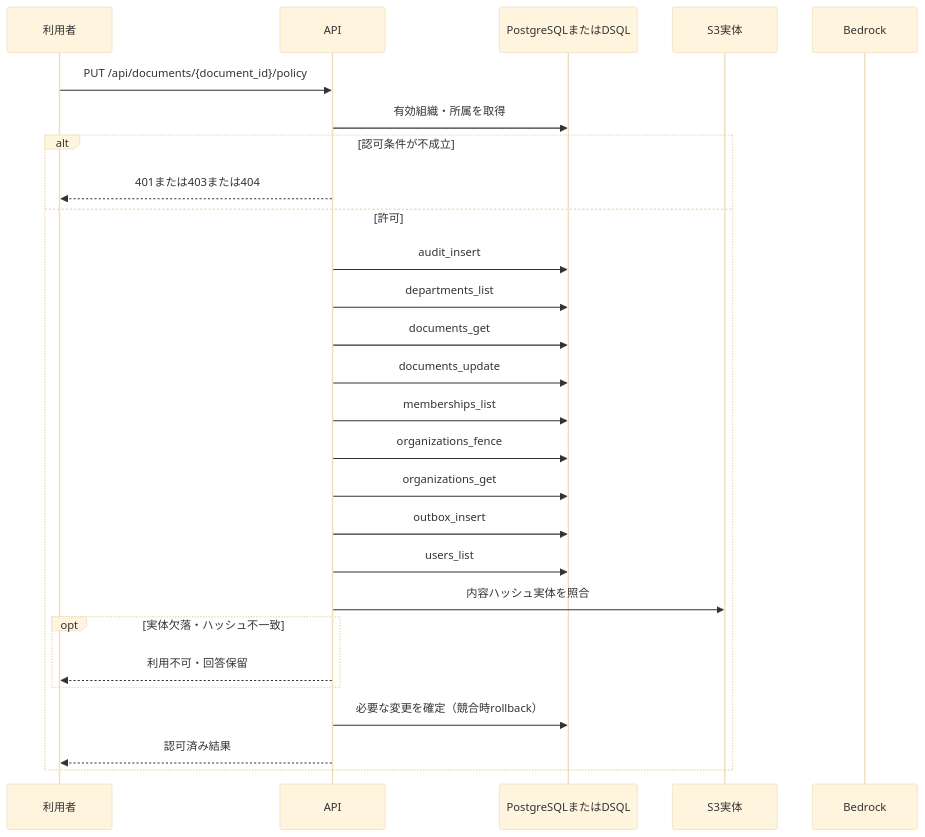
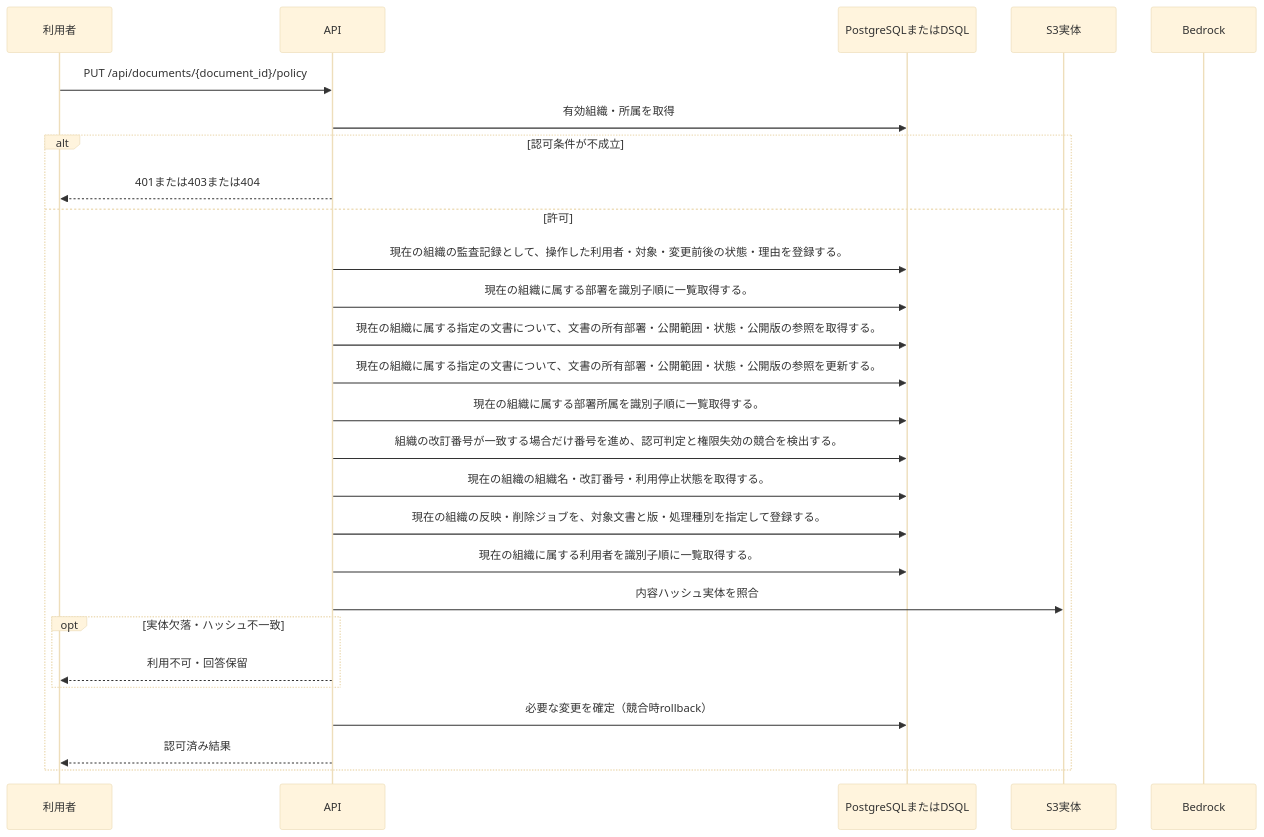
The diagram in docs/design/generated/api/documents/change_policy/sequence.md (tsuji-tomonori/KotoRelay), drawn with Mermaid (base theme) before and after one commit. The commit also changed other lines of this file and 286 other files, not shown here.

````diff
--- a/docs/design/generated/api/documents/change_policy/sequence.md
+++ b/docs/design/generated/api/documents/change_policy/sequence.md
@@ -7,29 +7,29 @@
 ```mermaid
 sequenceDiagram
     participant U as 利用者
     participant A as API
     participant D as PostgreSQLまたはDSQL
     participant S as S3実体
     participant M as Bedrock
     U->>A: PUT /api/documents/{document_id}/policy
     A->>D: 有効組織・所属を取得
     alt 認可条件が不成立
         A-->>U: 401または403または404
     else 許可
-        A->>D: audit_insert
-        A->>D: departments_list
-        A->>D: documents_get
-        A->>D: documents_update
-        A->>D: memberships_list
-        A->>D: organizations_fence
-        A->>D: organizations_get
-        A->>D: outbox_insert
-        A->>D: users_list
+        A->>D: 現在の組織の監査記録として、操作した利用者・対象・変更前後の状態・理由を登録する。
+        A->>D: 現在の組織に属する部署を識別子順に一覧取得する。
+        A->>D: 現在の組織に属する指定の文書について、文書の所有部署・公開範囲・状態・公開版の参照を取得する。
+        A->>D: 現在の組織に属する指定の文書について、文書の所有部署・公開範囲・状態・公開版の参照を更新する。
+        A->>D: 現在の組織に属する部署所属を識別子順に一覧取得する。
+        A->>D: 組織の改訂番号が一致する場合だけ番号を進め、認可判定と権限失効の競合を検出する。
+        A->>D: 現在の組織の組織名・改訂番号・利用停止状態を取得する。
+        A->>D: 現在の組織の反映・削除ジョブを、対象文書と版・処理種別を指定して登録する。
+        A->>D: 現在の組織に属する利用者を識別子順に一覧取得する。
         A->>S: 内容ハッシュ実体を照合
         opt 実体欠落・ハッシュ不一致
             A-->>U: 利用不可・回答保留
         end
         A->>D: 必要な変更を確定（競合時rollback）
         A-->>U: 認可済み結果
     end
 ```
````
